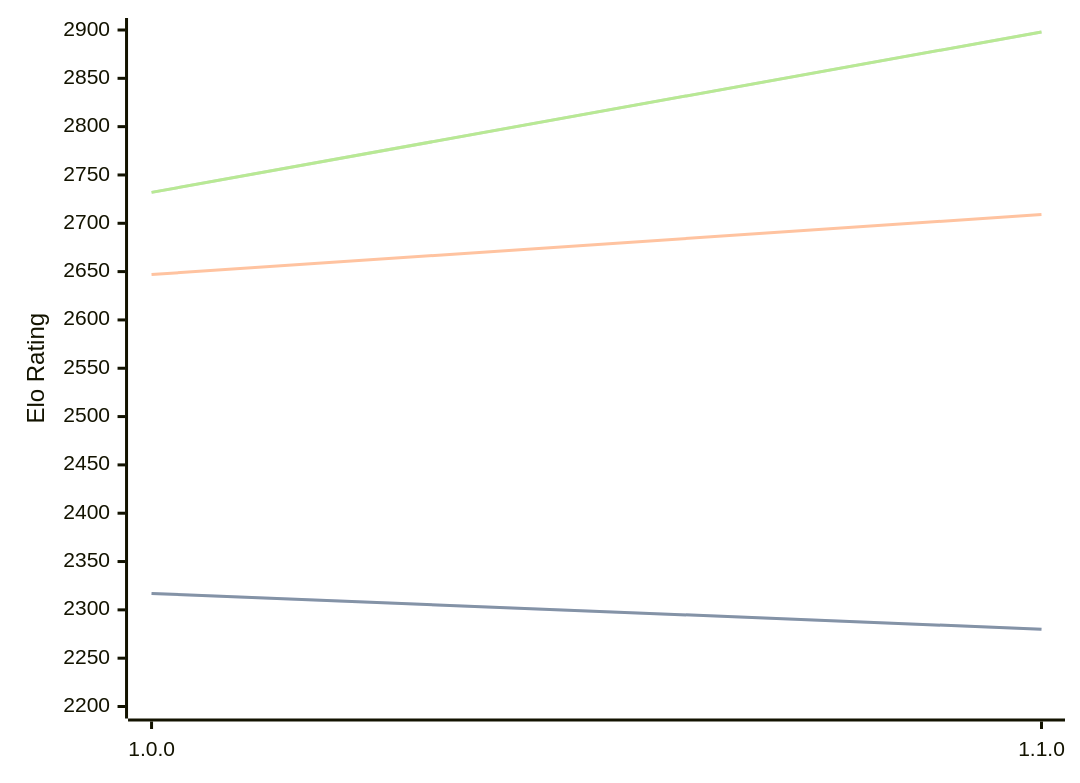
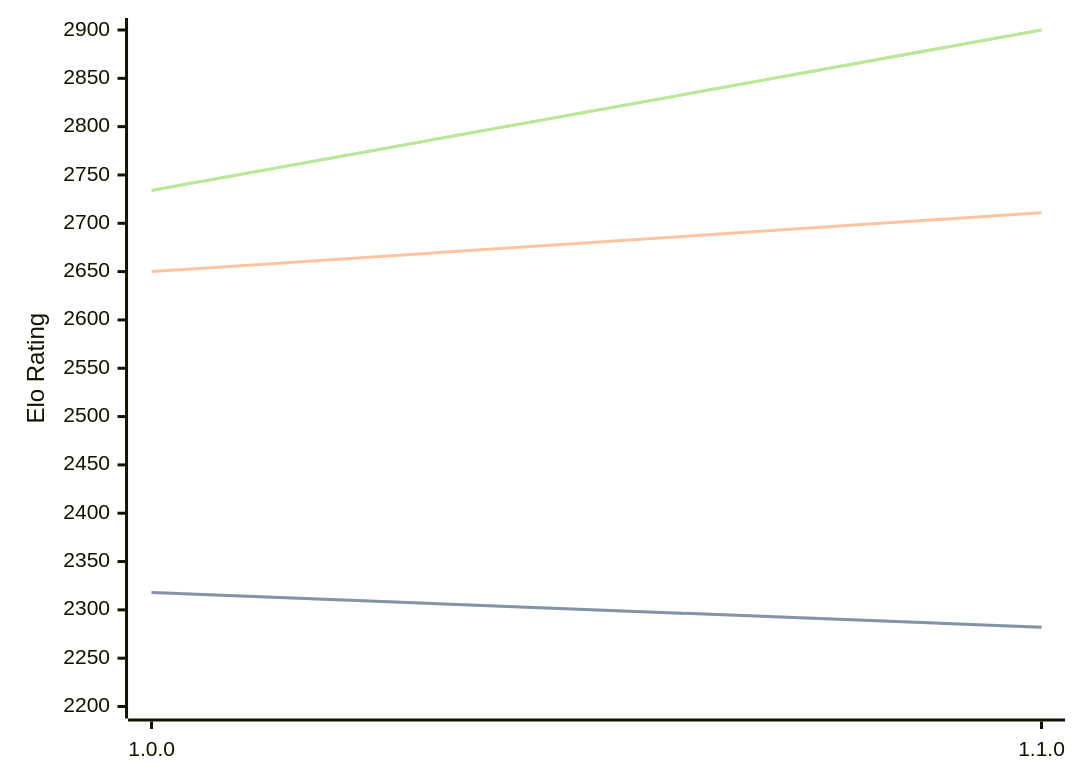
One commit to computer-chess-index/cci changed the diagram in engines/ShallowGuess.md. Above: the diagram before and after it, drawn with Mermaid. The commit also changed other lines of this file, not shown here.

Commit message:
Update CCI Ratings (ELO VLTC) - 2026-08-09

````diff
--- a/engines/ShallowGuess.md
+++ b/engines/ShallowGuess.md
@@ -32,11 +32,11 @@
 ```mermaid
 %%{init: {"theme":"base","themeVariables":{"seriesColors:['#a3a3a3','#222221','#faa371']}}}%%
 xychart-beta
   x-axis ["1.0.0", "1.1.0"]
   y-axis "Elo Rating" 2200 --> 2900
-  line "STC (8.0+0.08s)" [2317, 2280]
-  line "STC (8.0+0.08s)" [2317, 2280]
-  line "LTC (60.0+0.60s)" [2647, 2709]
-  line "VLTC (2m24s+1.12s)" [2732, 2898]
-  line "VLTC (2m24s+1.12s)" [2732, 2898]
+  line "STC (8.0+0.08s)" [2318, 2282]
+  line "STC (8.0+0.08s)" [2318, 2282]
+  line "LTC (60.0+0.60s)" [2650, 2711]
+  line "VLTC (2m24s+1.12s)" [2734, 2900]
+  line "VLTC (2m24s+1.12s)" [2734, 2900]
 ```
````
